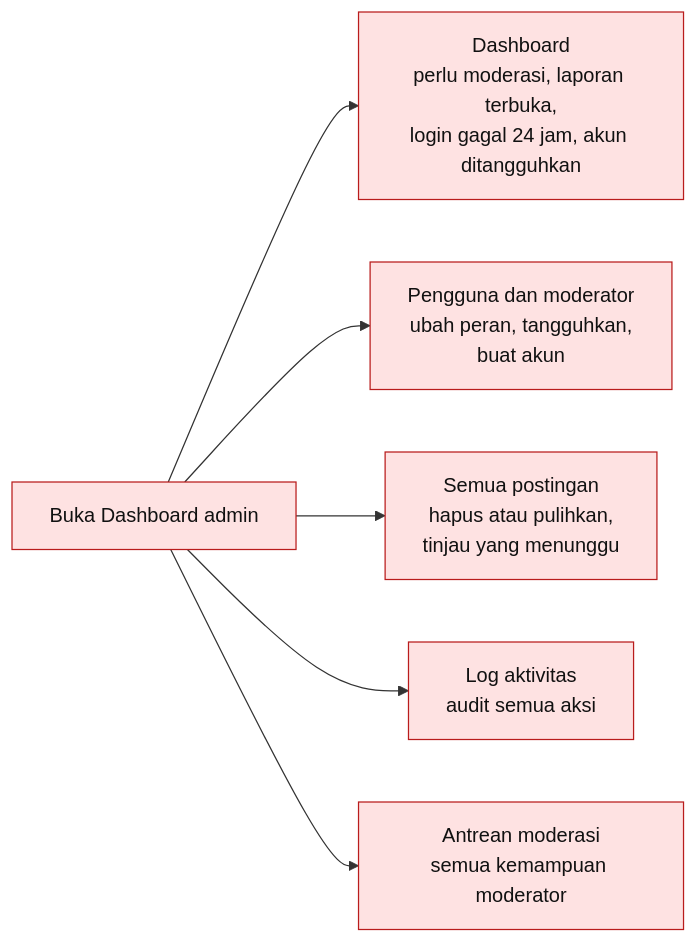
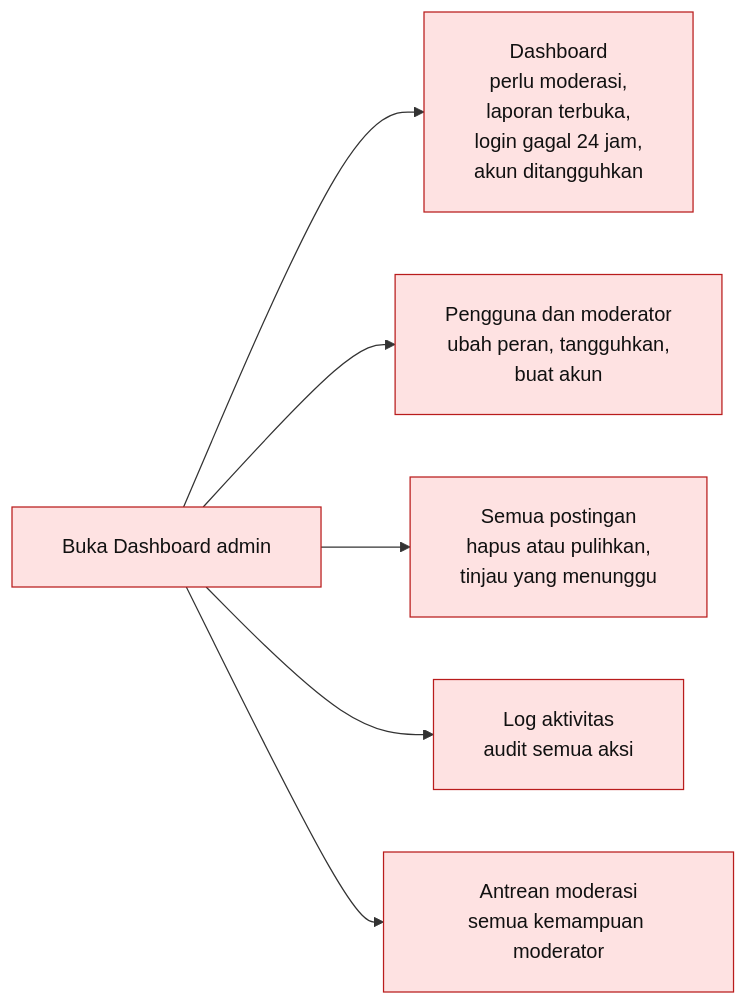
Diagram 11 of 12 in README.md (ZaidAlHibb/ITIHIX), drawn with Mermaid before and after one commit. The commit also changed other lines of this file, not shown here.

````diff
--- a/README.md
+++ b/README.md
@@ -418,10 +503,11 @@
 ```mermaid
+%%{init: {"flowchart": {"htmlLabels": false, "padding": 20}, "themeVariables": {"fontFamily": "Arial, Helvetica, sans-serif"}}}%%
 flowchart LR
-    A[Buka Dashboard admin] --> B[Dashboard<br/>perlu moderasi, laporan terbuka,<br/>login gagal 24 jam, akun ditangguhkan]
+    A[Buka Dashboard admin] --> B[Dashboard<br/>perlu moderasi,<br/>laporan terbuka,<br/>login gagal 24 jam,<br/>akun ditangguhkan]
     A --> C[Pengguna dan moderator<br/>ubah peran, tangguhkan,<br/>buat akun]
     A --> D[Semua postingan<br/>hapus atau pulihkan,<br/>tinjau yang menunggu]
     A --> E[Log aktivitas<br/>audit semua aksi]
     A --> F[Antrean moderasi<br/>semua kemampuan moderator]
     classDef adm fill:#fee2e2,stroke:#b91c1c,color:#111111
     class A,B,C,D,E,F adm
 ```
````
